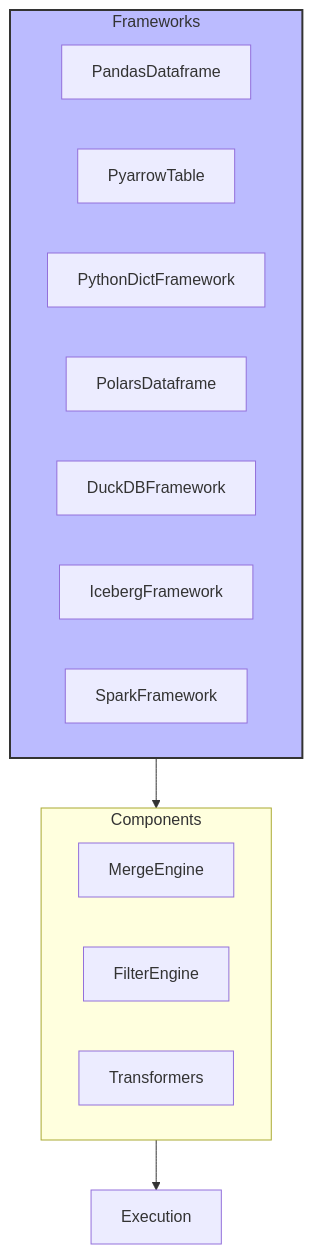
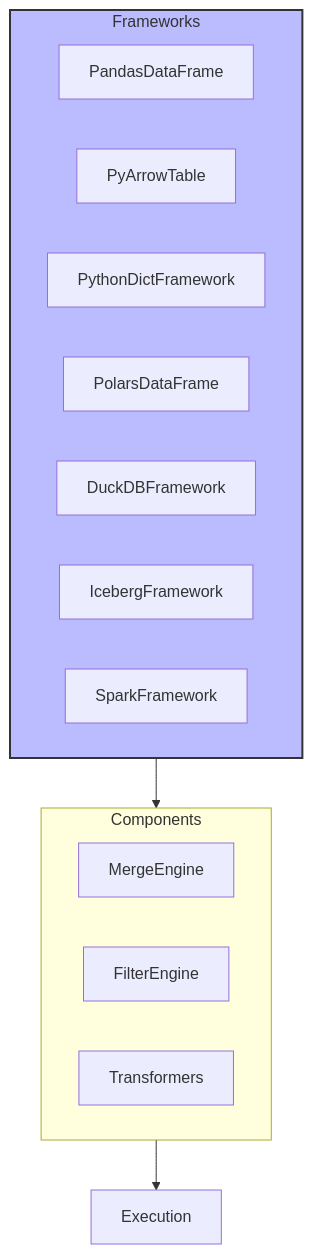
One commit to mloda-ai/mloda changed the first of 2 diagrams in memory-bank/compute_frameworks.md. Above: the diagram before and after it, drawn with Mermaid. The commit also changed other lines of this file and 142 other files, not shown here.

````diff
--- a/memory-bank/compute_frameworks.md
+++ b/memory-bank/compute_frameworks.md
@@ -7,23 +7,23 @@
 ```mermaid
 graph TD
     subgraph Frameworks
-        PD[PandasDataframe]
-        PA[PyarrowTable]
+        PD[PandasDataFrame]
+        PA[PyArrowTable]
         PY[PythonDictFramework]
-        PL[PolarsDataframe]
+        PL[PolarsDataFrame]
         DB[DuckDBFramework]
         IC[IcebergFramework]
         SP[SparkFramework]
     end
     
     subgraph Components
         ME[MergeEngine]
         FE[FilterEngine]
         TR[Transformers]
     end
     
     Frameworks --> Components
     Components --> Exec[Execution]
     
     style Frameworks fill:#bbf,stroke:#333,stroke-width:2px
 ```
````
